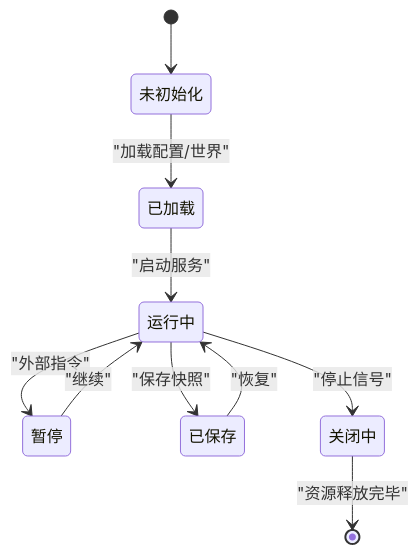
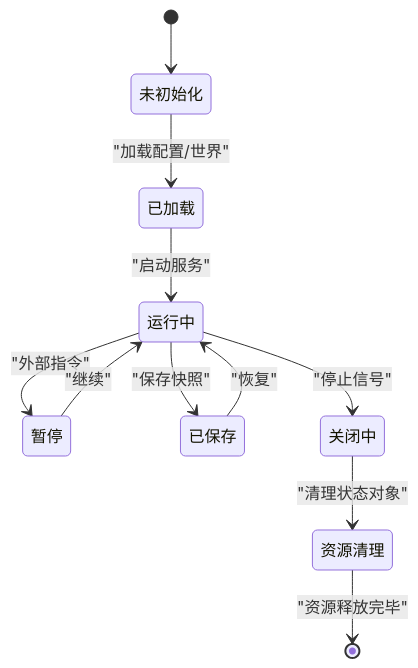
Before and after one commit to Ivandanslespace/thegreatnovel: the fifth of 12 diagrams in .qoder/repowiki/zh/content/运行时系统/运行时核心.md, drawn with Mermaid. The commit also changed other lines of this file and 64 other files, not shown here.

````diff
--- a/.qoder/repowiki/zh/content/运行时系统/运行时核心.md
+++ b/.qoder/repowiki/zh/content/运行时系统/运行时核心.md
@@ -259,12 +288,13 @@
 ```mermaid
 stateDiagram-v2
 [*] --> 未初始化
 未初始化 --> 已加载 : "加载配置/世界"
 已加载 --> 运行中 : "启动服务"
 运行中 --> 暂停 : "外部指令"
 暂停 --> 运行中 : "继续"
 运行中 --> 已保存 : "保存快照"
 已保存 --> 运行中 : "恢复"
 运行中 --> 关闭中 : "停止信号"
-关闭中 --> [*] : "资源释放完毕"
+关闭中 --> 资源清理 : "清理状态对象"
+资源清理 --> [*] : "资源释放完毕"
 ```
````
